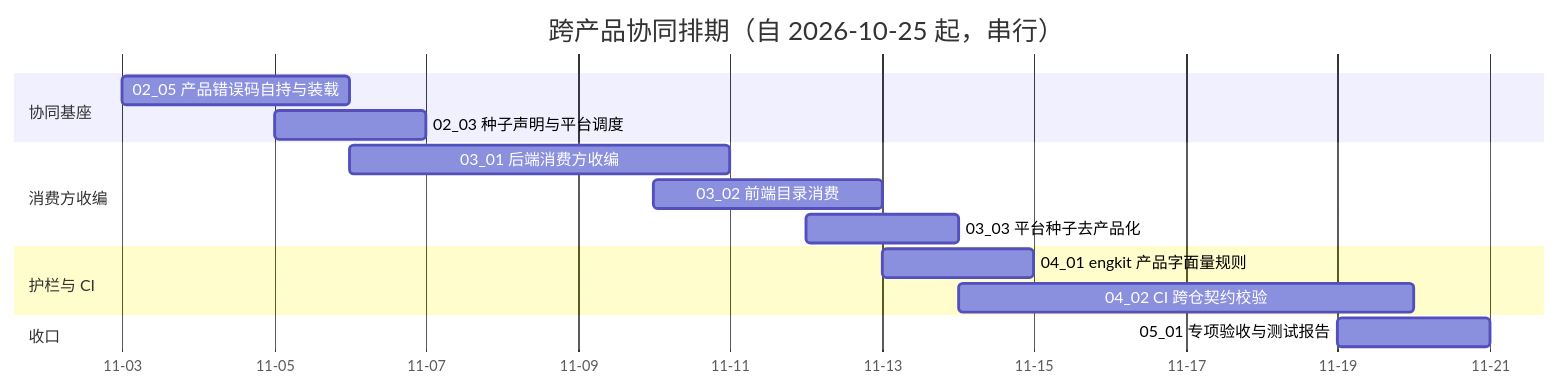
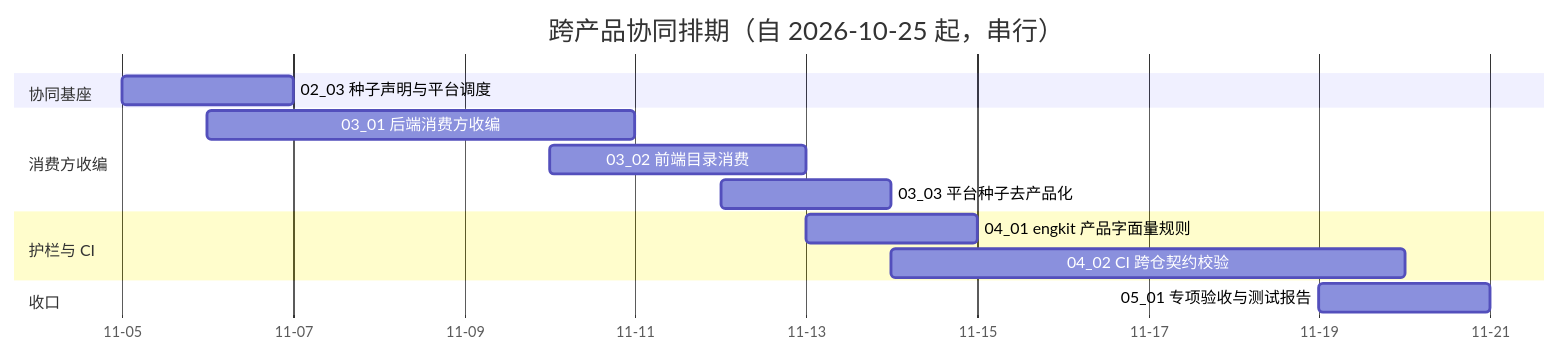
Before and after one commit to minjian123/basic-management-system: the diagram in bms文档/项目/07B_跨产品协同/计划/01_计划_跨产品协同.md, drawn with Mermaid. The commit also changed other lines of this file and 4 other files, not shown here.

````diff
--- a/bms文档/项目/07B_跨产品协同/计划/01_计划_跨产品协同.md
+++ b/bms文档/项目/07B_跨产品协同/计划/01_计划_跨产品协同.md
@@ -39,18 +39,17 @@
 ```mermaid
 gantt
     title 跨产品协同排期（自 2026-10-25 起，串行）
     dateFormat  YYYY-MM-DD
     axisFormat %m-%d
     section 协同基座
-    02_05 产品错误码自持与装载 :a0205, 2026-11-03, 3d
     02_03 种子声明与平台调度 :a0203, 2026-11-05, 2d
     section 消费方收编
     03_01 后端消费方收编 :a0301, 2026-11-06, 5d
     03_02 前端目录消费 :a0302, 2026-11-10, 3d
     03_03 平台种子去产品化 :a0303, 2026-11-12, 2d
     section 护栏与 CI
     04_01 engkit 产品字面量规则 :a0401, 2026-11-13, 2d
     04_02 CI 跨仓契约校验 :a0402, 2026-11-14, 6d
     section 收口
     05_01 专项验收与测试报告 :a0501, 2026-11-19, 2d
 ```
````
